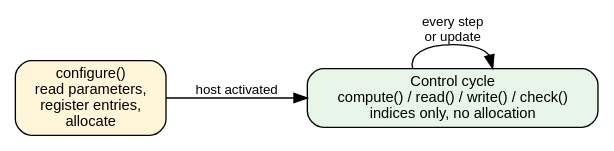
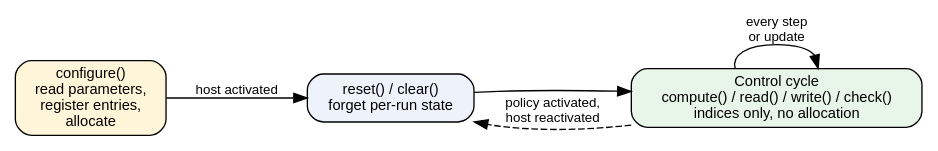
The second of 2 diagrams in docs/extending.rst (saikishor/ros2_policy_framework), drawn with Graphviz before and after one commit. The commit also changed other lines of this file, not shown here.

Commit message:
Document the SafetyCheck hooks and the reset step of a plugin's life

```diff
--- a/docs/extending.rst
+++ b/docs/extending.rst
@@ -77,11 +77,14 @@
 .. graphviz::
 
    digraph plugin_life {
      rankdir=LR;
      node [shape=box, style="rounded,filled", fillcolor="#eef3fb", fontname="Helvetica", fontsize=11];
      edge [fontname="Helvetica", fontsize=10];
      configure [label="configure()\nread parameters,\nregister entries,\nallocate", fillcolor="#fff6d9"];
      cycle [label="Control cycle\ncompute() / read() / write() / check()\nindices only, no allocation", fillcolor="#e8f5e9"];
-     configure -> cycle [label="host activated"];
+     reset [label="reset() / clear()\nforget per-run state"];
+     configure -> reset [label="host activated"];
+     reset -> cycle;
      cycle -> cycle [label="every step\nor update"];
+     cycle -> reset [label="policy activated,\nhost reactivated", style=dashed];
    }
```
